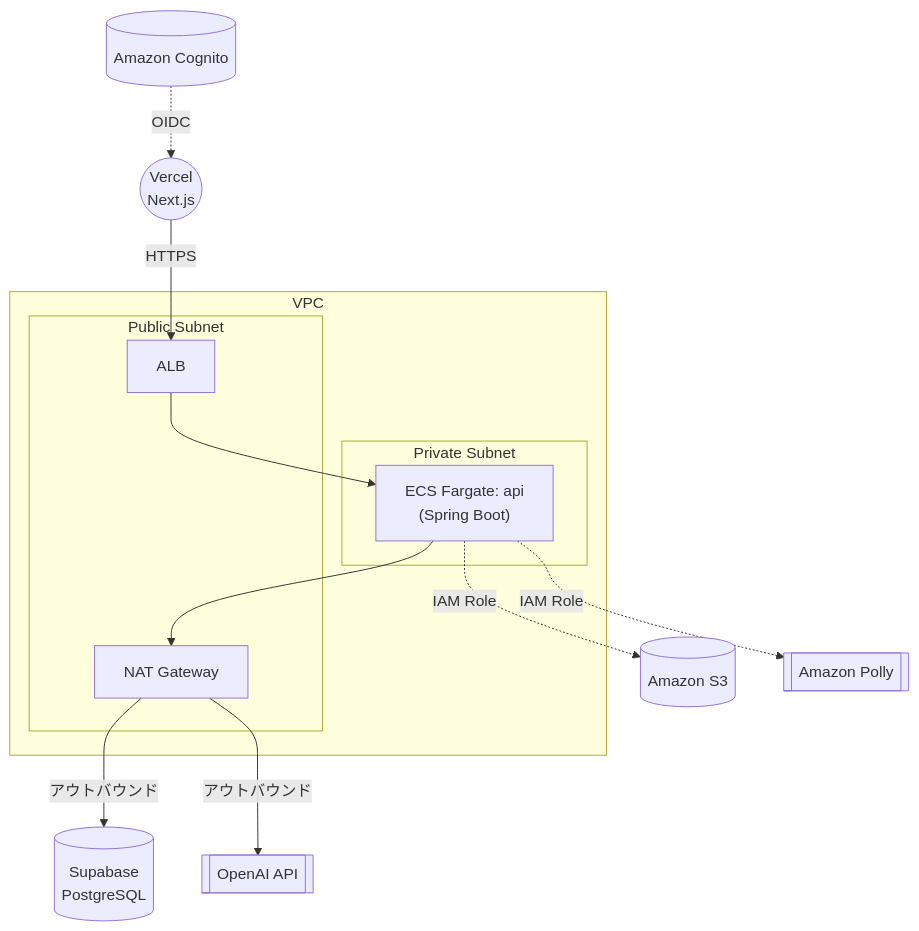
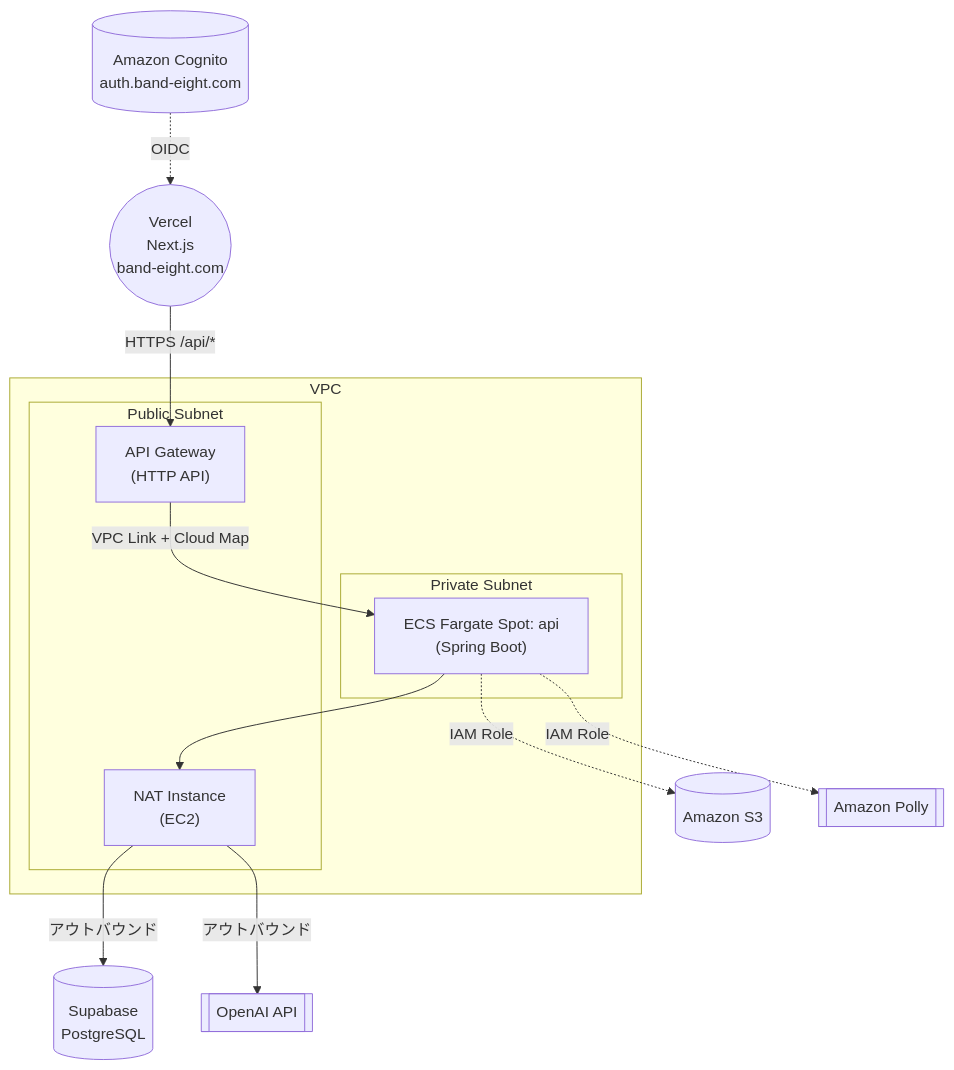
The diagram in README.md (h-fujiwara-dev/ielts-creater), drawn with Mermaid before and after one commit. The commit also changed other lines of this file and 2 other files, not shown here.

Commit message:
[#00051] docs: README/ロードマップを本番デプロイ完了の内容に更新 (#100)
* [#00051] docs: README/ロードマップを本番デプロイ完了の内容に更新

本番環境（https://band-eight.com）の稼働開始と、ALB/NAT Gatewayから
API Gateway+VPC Link+Cloud Map/NAT Instanceへのインフラ構成変更を反映

* [#00051] docs: システム要件定義書8章のALB/NAT Gateway記述を実際の構成に修正

ALB/NAT Gatewayを、実際に採用しているAPI Gateway(HTTP API)+VPC Link+
Cloud Map/NAT Instance構成に修正し、本番稼働（band-eight.com）を反映

---------

````diff
--- a/README.md
+++ b/README.md
@@ -30,24 +32,24 @@
 ```mermaid
 flowchart TB
-    Vercel((Vercel<br/>Next.js))
+    Vercel(("Vercel<br/>Next.js<br/>band-eight.com"))
     Supabase[("Supabase<br/>PostgreSQL")]
 
     subgraph VPC["VPC"]
         subgraph Public["Public Subnet"]
-            ALB[ALB]
-            NAT[NAT Gateway]
+            APIGW["API Gateway<br/>(HTTP API)"]
+            NAT["NAT Instance<br/>(EC2)"]
         end
         subgraph Private["Private Subnet"]
-            Api["ECS Fargate: api<br/>(Spring Boot)"]
+            Api["ECS Fargate Spot: api<br/>(Spring Boot)"]
         end
     end
 
-    Vercel -->|HTTPS| ALB
-    ALB --> Api
+    Vercel -->|"HTTPS /api/*"| APIGW
+    APIGW -->|"VPC Link + Cloud Map"| Api
     Api --> NAT
     NAT -->|アウトバウンド| Supabase
     NAT -->|アウトバウンド| OpenAI[["OpenAI API"]]
     Api -.IAM Role.-> S3[("Amazon S3")]
     Api -.IAM Role.-> Polly[["Amazon Polly"]]
-    Cognito[("Amazon Cognito")] -.OIDC.-> Vercel
+    Cognito[("Amazon Cognito<br/>auth.band-eight.com")] -.OIDC.-> Vercel
 ```
````
